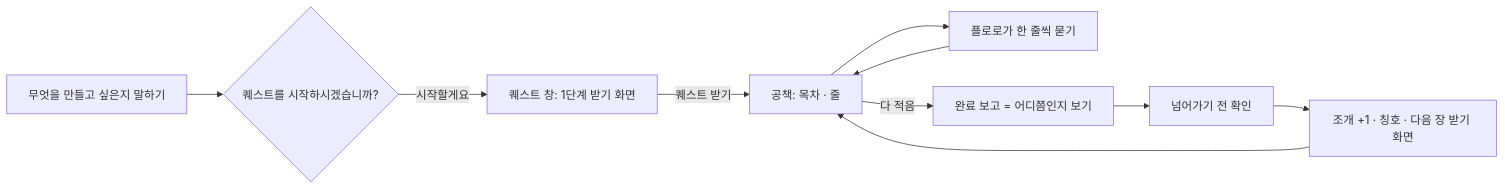
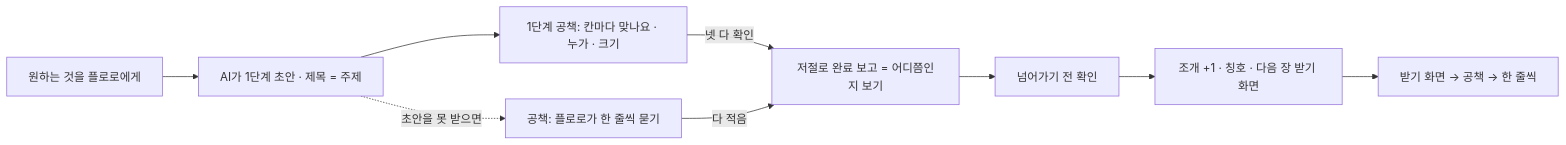
Before and after one commit to 2026-Codyssey-Final-Proj/Final-Proj: the diagram in 01-docs/features/14-quest/README.md, drawn with Mermaid. The commit also changed other lines of this file and 23 other files, not shown here.

````diff
--- a/01-docs/features/14-quest/README.md
+++ b/01-docs/features/14-quest/README.md
@@ -37,12 +41,11 @@
 ```mermaid
 flowchart LR
-  A[무엇을 만들고 싶은지 말하기] --> B{퀘스트를 시작하시겠습니까?}
-  B -- 시작할게요 --> C[퀘스트 창: 1단계 받기 화면]
-  C -- 퀘스트 받기 --> D[공책: 목차 · 줄]
-  D --> E[플로로가 한 줄씩 묻기]
-  E --> D
-  D -- 다 적음 --> F[완료 보고 = 어디쯤인지 보기]
+  A[원하는 것을 플로로에게] --> B[AI가 1단계 초안 · 제목 = 주제]
+  B --> C[1단계 공책: 칸마다 맞나요 · 누가 · 크기]
+  C -- 넷 다 확인 --> F[저절로 완료 보고 = 어디쯤인지 보기]
+  B -. 초안을 못 받으면 .-> D[공책: 플로로가 한 줄씩 묻기]
+  D -- 다 적음 --> F
   F --> G[넘어가기 전 확인]
   G --> H[조개 +1 · 칭호 · 다음 장 받기 화면]
-  H --> D
+  H --> E[받기 화면 → 공책 → 한 줄씩]
 ```
````
